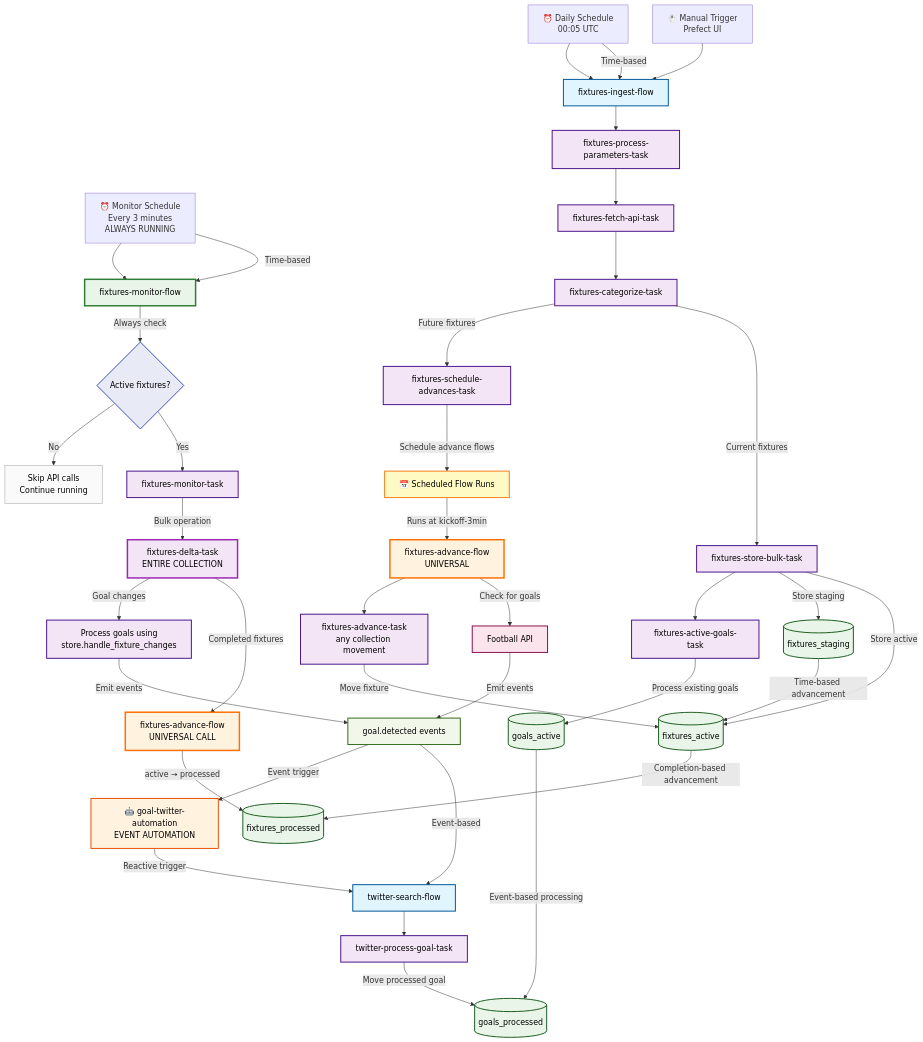
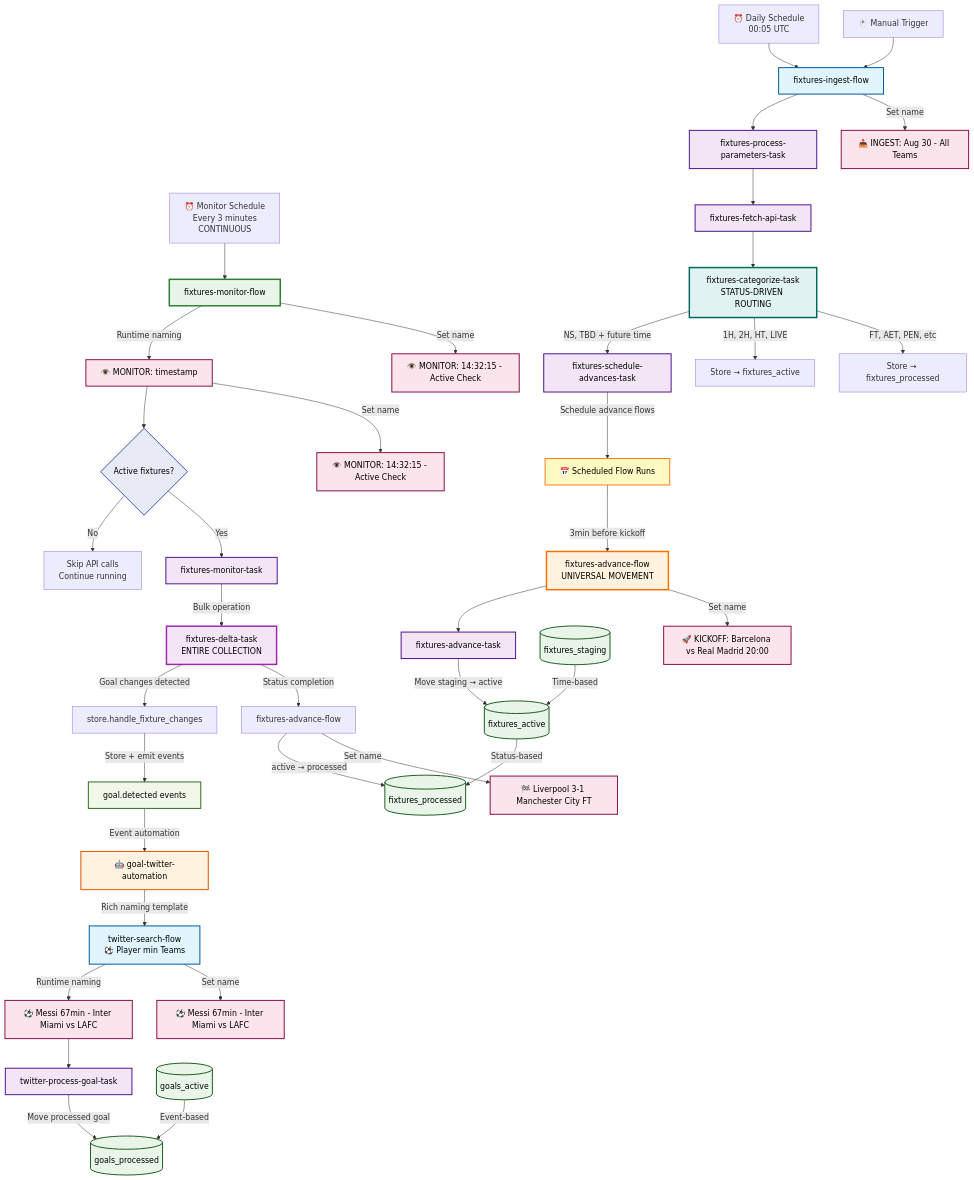
The first of 5 diagrams in README.md (vedantadhobley/found-footy), drawn with Mermaid before and after one commit. The commit also changed other lines of this file and 12 other files, not shown here.

Commit message:
Updated architecture to remove support for historical goals, focusing on live goals for now. Historical goals will potentially be implemented via YouTube down the line.

````diff
--- a/README.md
+++ b/README.md
@@ -16,83 +16,79 @@
 ```mermaid
 graph TB
-    %% External Triggers - Time vs Event Based
+    %% External Triggers
     Daily[⏰ Daily Schedule<br/>00:05 UTC] --> FIF[fixtures-ingest-flow]
-    Monitor[⏰ Monitor Schedule<br/>Every 3 minutes<br/>ALWAYS RUNNING] --> FMF[fixtures-monitor-flow]
-    Manual[🖱️ Manual Trigger<br/>Prefect UI] --> FIF
+    Monitor[⏰ Monitor Schedule<br/>Every 3 minutes<br/>CONTINUOUS] --> FMF[fixtures-monitor-flow]
+    Manual[🖱️ Manual Trigger] --> FIF
     
-    %% Ingest Flow Tasks (Multi-Task Architecture)
+    %% Pure Ingest Flow - Status-Based Routing
     FIF --> FPP[fixtures-process-parameters-task]
     FPP --> FFA[fixtures-fetch-api-task]
-    FFA --> FCT[fixtures-categorize-task]
-    FCT --> |Future fixtures| FSA[fixtures-schedule-advances-task]
-    FCT --> |Current fixtures| FSB[fixtures-store-bulk-task]
-    FSB --> FPEG[fixtures-active-goals-task]
+    FFA --> FCT[fixtures-categorize-task<br/>STATUS-DRIVEN ROUTING]
+    FCT --> |NS, TBD + future time| FSA[fixtures-schedule-advances-task]
+    FCT --> |1H, 2H, HT, LIVE| STORE_ACTIVE[Store → fixtures_active]
+    FCT --> |FT, AET, PEN, etc| STORE_COMPLETED[Store → fixtures_processed]
+    FSA --> |Schedule advance flows| SCHED[📅 Scheduled Flow Runs]
     
-    %% Data Storage
-    FSA --> |Schedule advance flows| SCHED[📅 Scheduled Flow Runs]
-    FSB --> |Store staging| FS[(fixtures_staging)]
-    FSB --> |Store active| FA[(fixtures_active)]
-    FPEG --> |Process existing goals| GA[(goals_active)]
+    %% Universal Advance Flow (Time-Scheduled Only)
+    SCHED --> |3min before kickoff| FAF[fixtures-advance-flow<br/>UNIVERSAL MOVEMENT]
+    FAF --> FAT[fixtures-advance-task]
+    FAT --> |Move staging → active| FA[(fixtures_active)]
     
-    %% Universal Advance Flow (Time-Scheduled)
-    SCHED --> |"Runs at kickoff-3min"| FAF[fixtures-advance-flow<br/>UNIVERSAL]
-    FAF --> FAT[fixtures-advance-task<br/>any collection movement]
-    FAT --> |Move fixture| FA
-    FAF --> |Check for goals| API1[Football API]
-    API1 --> |Emit events| GTE[goal.detected events]
-    
-    %% Monitor Flow (Bulk Delta Operations)
-    FMF --> |Always check| CHECK{Active fixtures?}
+    %% Pure Monitor Flow (Live Goal Detection Only)
+    FMF --> |Runtime naming| SET_NAME[👁️ MONITOR: timestamp]
+    SET_NAME --> CHECK{Active fixtures?}
     CHECK -->|No| SKIP[Skip API calls<br/>Continue running]
     CHECK -->|Yes| FMT[fixtures-monitor-task]
     FMT --> |Bulk operation| FDT[fixtures-delta-task<br/>ENTIRE COLLECTION]
-    FDT --> |Goal changes| GOAL_PROC[Process goals using<br/>store.handle_fixture_changes]
-    FDT --> |Completed fixtures| FAF2[fixtures-advance-flow<br/>UNIVERSAL CALL]
-    GOAL_PROC --> |Emit events| GTE
-    FAF2 --> |active → processed| FP[(fixtures_processed)]
+    FDT --> |Goal changes detected| HANDLE[store.handle_fixture_changes]
+    FDT --> |Status completion| COMPLETE[fixtures-advance-flow]
+    HANDLE --> |Store + emit events| GTE[goal.detected events]
+    COMPLETE --> |active → processed| FP[(fixtures_processed)]
     
-    %% Event-Driven Goal Processing
-    GTE --> |Event trigger| AUT[🤖 goal-twitter-automation<br/>EVENT AUTOMATION]
-    AUT --> |Reactive trigger| TSF[twitter-search-flow]
-    TSF --> TPT[twitter-process-goal-task]
+    %% Event-Driven Goal Processing (Pure)
+    GTE --> |Event automation| AUT[🤖 goal-twitter-automation]
+    AUT --> |Rich naming template| TSF[twitter-search-flow<br/>⚽ Player min Teams]
+    TSF --> |Runtime naming| TSF_NAME[⚽ Messi 67min - Inter Miami vs LAFC]
+    TSF_NAME --> TPT[twitter-process-goal-task]
     TPT --> |Move processed goal| GP[(goals_processed)]
     
-    %% Scheduling Types
-    Daily --> |Time-based| FIF
-    Monitor --> |Time-based| FMF
-    GTE --> |Event-based| TSF
+    %% Clean Data Collections
+    FS[(fixtures_staging)] --> |Time-based| FA
+    FA --> |Status-based| FP
+    GA[(goals_active)] --> |Event-based| GP
     
-    %% Collections Lifecycle
-    FS --> |"Time-based advancement"| FA
-    FA --> |"Completion-based advancement"| FP
-    GA --> |"Event-based processing"| GP
+    %% Rich Flow Naming
+    FIF --> |Set name| FIF_NAME[📥 INGEST: Aug 30 - All Teams]
+    FMF --> |Set name| FMF_NAME[👁️ MONITOR: 14:32:15 - Active Check]
+    FAF --> |Set name| FAF_NAME[🚀 KICKOFF: Barcelona vs Real Madrid 20:00]
+    COMPLETE --> |Set name| COMP_NAME[🏁 Liverpool 3-1 Manchester City FT]
+    TSF --> |Set name| TSF_NAME2[⚽ Messi 67min - Inter Miami vs LAFC]
+    SET_NAME --> |Set name| SET_NAME2[👁️ MONITOR: 14:32:15 - Active Check]
     
-    %% ✅ UPDATED: High contrast styling with dark text
+    %% Styling with proper contrast
     classDef flow fill:#e1f5fe,stroke:#01579b,stroke-width:2px,color:#000000
     classDef task fill:#f3e5f5,stroke:#4a148c,stroke-width:2px,color:#000000
     classDef collection fill:#e8f5e8,stroke:#1b5e20,stroke-width:2px,color:#000000
     classDef automation fill:#fff3e0,stroke:#e65100,stroke-width:2px,color:#000000
-    classDef api fill:#fce4ec,stroke:#880e4f,stroke-width:2px,color:#000000
     classDef scheduled fill:#fff9c4,stroke:#f57f17,stroke-width:2px,color:#000000
     classDef event fill:#f1f8e9,stroke:#33691e,stroke-width:2px,color:#000000
     classDef decision fill:#e8eaf6,stroke:#3f51b5,stroke-width:2px,color:#000000
-    classDef skip fill:#fafafa,stroke:#9e9e9e,stroke-width:1px,color:#000000
+    classDef naming fill:#fce4ec,stroke:#880e4f,stroke-width:2px,color:#000000
     classDef continuous fill:#e8f5e8,stroke:#2e7d32,stroke-width:3px,color:#000000
     classDef universal fill:#fff3e0,stroke:#ff6f00,stroke-width:3px,color:#000000
     classDef bulk fill:#f3e5f5,stroke:#9c27b0,stroke-width:3px,color:#000000
+    classDef status fill:#e0f2f1,stroke:#00695c,stroke-width:3px,color:#000000
     
-    class FIF flow
+    class FIF,TSF flow
     class FMF continuous
-    class FAF,FAF2 universal
-    class TSF flow
-    class FPP,FFA,FCT,FSA,FSB,FPEG,FMT,FAT,TPT task
+    class FAF universal
+    class FPP,FFA,FSA,FMT,FAT,TPT task
+    class FCT status
     class FDT bulk
     class FS,FA,FP,GA,GP collection
     class AUT automation
     class SCHED scheduled
-    class API1 api
     class GTE event
     class CHECK decision
-    class SKIP skip
-    class GOAL_PROC task
+    class FIF_NAME,FMF_NAME,FAF_NAME,COMP_NAME,TSF_NAME,TSF_NAME2,SET_NAME,SET_NAME2 naming
 ```
````
